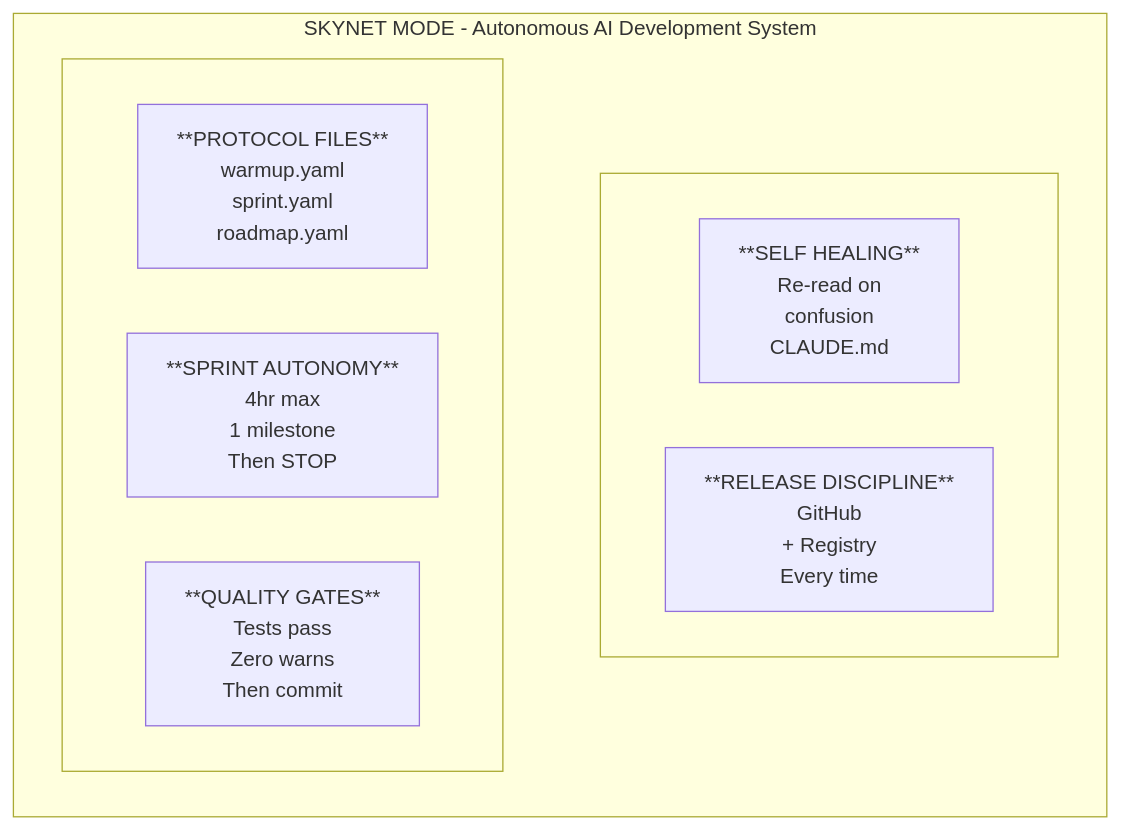
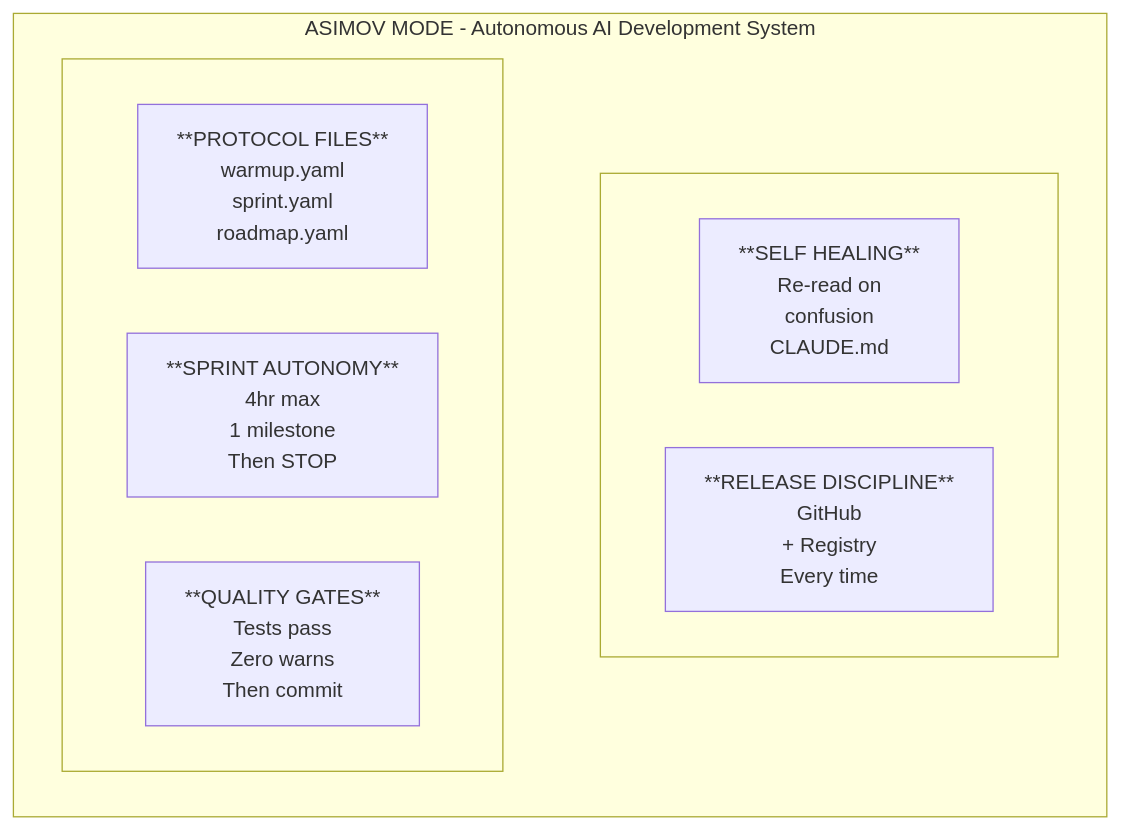
One commit to royalbit/asimov changed the first of 4 diagrams in docs/SPECIFICATION.md. Above: the diagram before and after it, drawn with Mermaid. The commit also changed other lines of this file and 53 other files, not shown here.

````diff
--- a/docs/SPECIFICATION.md
+++ b/docs/SPECIFICATION.md
@@ -113,17 +113,17 @@
 ```mermaid
 flowchart TB
-    subgraph skynet["SKYNET MODE - Autonomous AI Development System"]
+    subgraph asimov["ASIMOV MODE - Autonomous AI Development System"]
         subgraph row1[" "]
             direction LR
             P["**PROTOCOL FILES**<br/>warmup.yaml<br/>sprint.yaml<br/>roadmap.yaml"]
             S["**SPRINT AUTONOMY**<br/>4hr max<br/>1 milestone<br/>Then STOP"]
             Q["**QUALITY GATES**<br/>Tests pass<br/>Zero warns<br/>Then commit"]
         end
         subgraph row2[" "]
             direction LR
             H["**SELF HEALING**<br/>Re-read on<br/>confusion<br/>CLAUDE.md"]
             R["**RELEASE DISCIPLINE**<br/>GitHub<br/>+ Registry<br/>Every time"]
         end
     end
     row1 ~~~ row2
 ```
````
